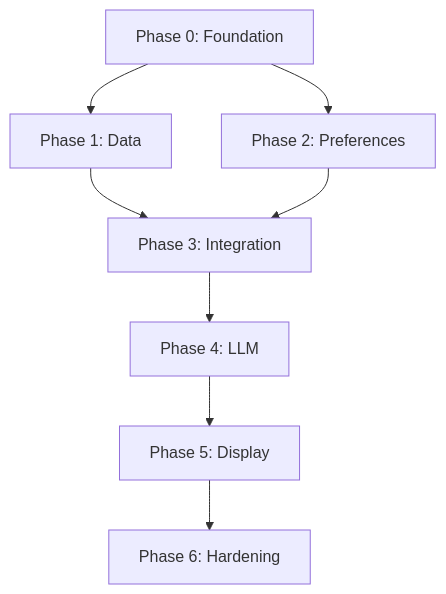
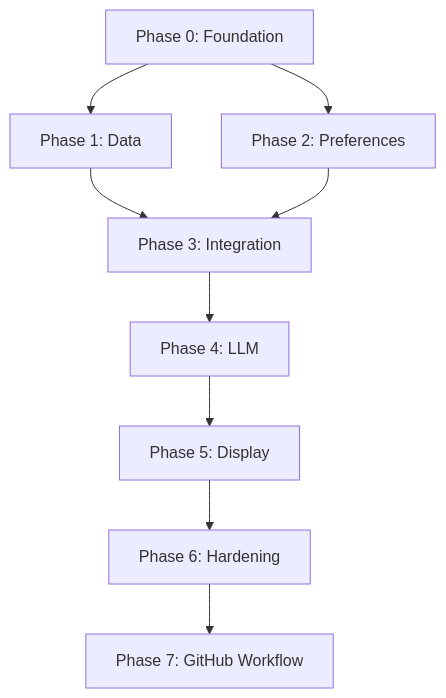
The second of 2 diagrams in doc/phase-wise-architecture.md (dheerajmw/zomatoProject), drawn with Mermaid before and after one commit. The commit also changed other lines of this file, not shown here.

Commit message:
docs: add Phase 7 - GitHub collaborative development workflow

````diff
--- a/doc/phase-wise-architecture.md
+++ b/doc/phase-wise-architecture.md
@@ -166,17 +246,19 @@
 ```mermaid
 flowchart TB
   P0[Phase 0: Foundation]
   P1[Phase 1: Data]
   P2[Phase 2: Preferences]
   P3[Phase 3: Integration]
   P4[Phase 4: LLM]
   P5[Phase 5: Display]
   P6[Phase 6: Hardening]
+  P7[Phase 7: GitHub Workflow]
   P0 --> P1
   P0 --> P2
   P1 --> P3
   P2 --> P3
   P3 --> P4
   P4 --> P5
   P5 --> P6
+  P6 --> P7
 ```
````
